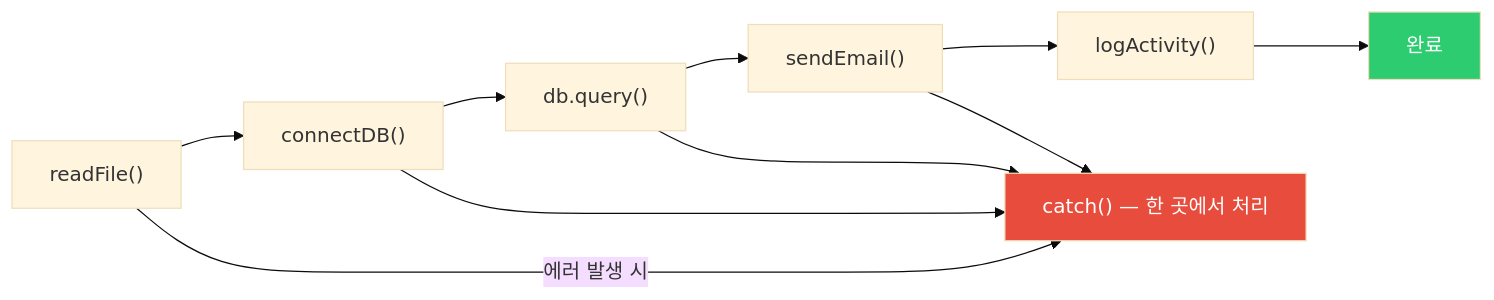
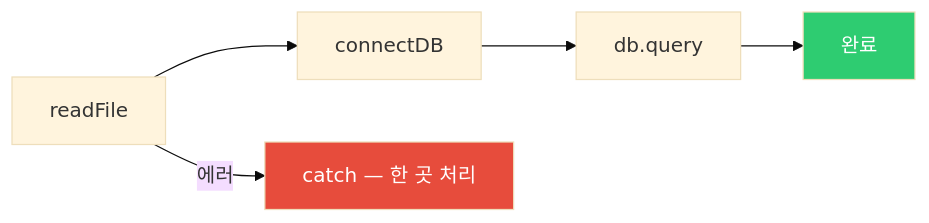
The third of 6 diagrams in _posts/frontend/2026-05-02-js-async.md (yjkim2015/yjkim2015.github.io), drawn with Mermaid (base theme) before and after one commit. The commit also changed other lines of this file and 163 other files, not shown here.

First line of the commit message:
Mermaid 300개 블록 내용 축소: 5노드 5엣지 이하, 의미 있는 약어

````diff
--- a/_posts/frontend/2026-05-02-js-async.md
+++ b/_posts/frontend/2026-05-02-js-async.md
@@ -158,14 +158,9 @@
 ```mermaid
-flowchart LR
-    RF["readFile()"] --> CB["connectDB()"]
-    CB --> Q["db.query()"]
-    Q --> SE["sendEmail()"]
-    SE --> LA["logActivity()"]
-    LA --> DONE["완료"]
-    RF -->|"에러 발생 시"| ERR["catch() — 한 곳에서 처리"]
-    CB --> ERR
-    Q --> ERR
-    SE --> ERR
+graph LR
+    RF["readFile"] --> DB["connectDB"]
+    DB --> Q["db.query"]
+    Q --> DONE["완료"]
+    RF -->|"에러"| ERR["catch — 한 곳 처리"]
     style DONE fill:#2ecc71,color:#fff
     style ERR fill:#e74c3c,color:#fff
 ```
````
